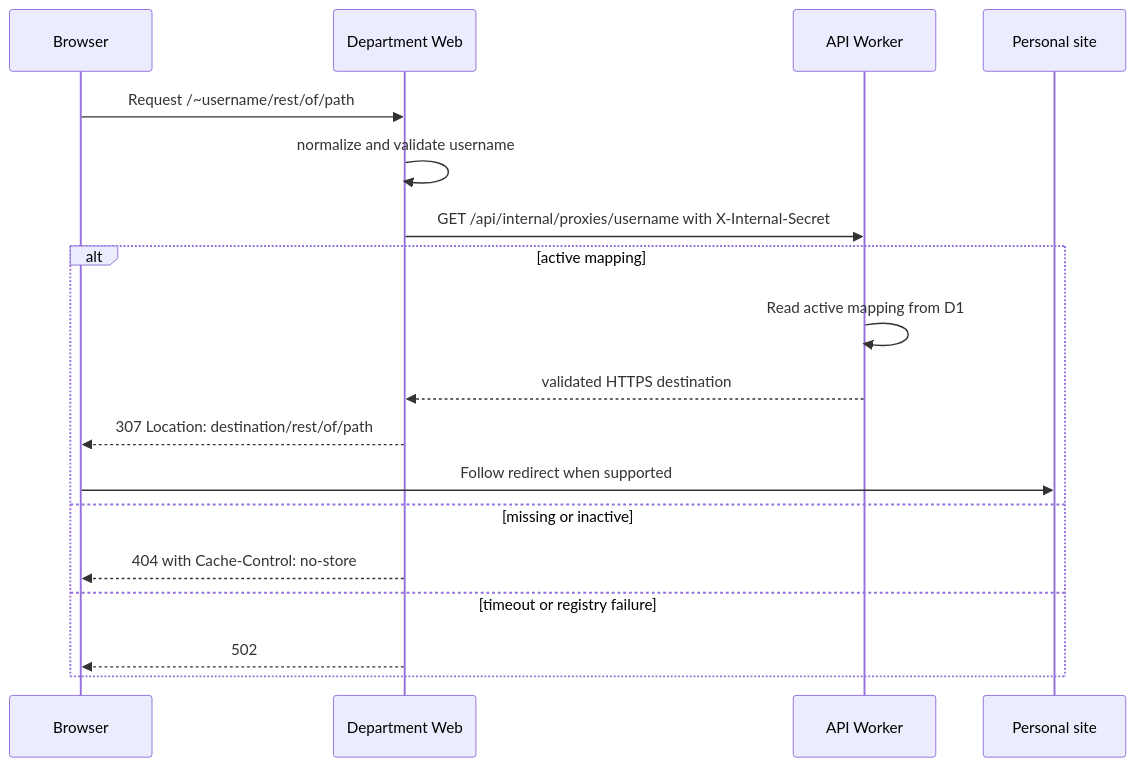
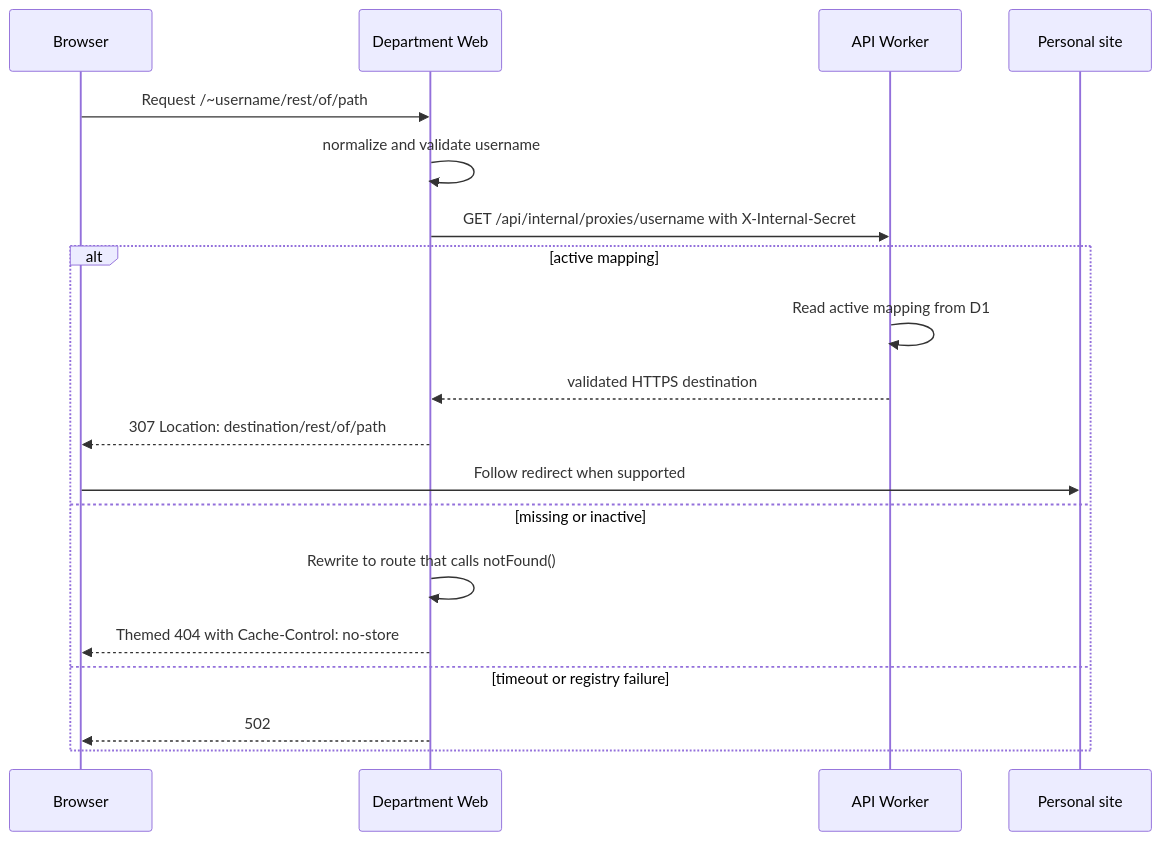
One commit to shamilaw-sci/CSC3213_20_Group_B changed the diagram in docs/APPLICATIONS/WEB/ROUTING_AND_PROXYING.md. Above: the diagram before and after it, drawn with Mermaid. The commit also changed other lines of this file and 56 other files, not shown here.

Commit message:
fix(apps): render contextual not-found states

````diff
--- a/docs/APPLICATIONS/WEB/ROUTING_AND_PROXYING.md
+++ b/docs/APPLICATIONS/WEB/ROUTING_AND_PROXYING.md
@@ -29,21 +29,22 @@
 ```mermaid
 sequenceDiagram
   participant B as Browser
   participant W as Department Web
   participant A as API Worker
   participant P as Personal site
 
   B->>W: Request /~username/rest/of/path
   W->>W: normalize and validate username
   W->>A: GET /api/internal/proxies/username with X-Internal-Secret
   alt active mapping
     A->>A: Read active mapping from D1
     A-->>W: validated HTTPS destination
     W-->>B: 307 Location: destination/rest/of/path
     B->>P: Follow redirect when supported
   else missing or inactive
-    W-->>B: 404 with Cache-Control: no-store
+    W->>W: Rewrite to route that calls notFound()
+    W-->>B: Themed 404 with Cache-Control: no-store
   else timeout or registry failure
     W-->>B: 502
   end
 ```
````
